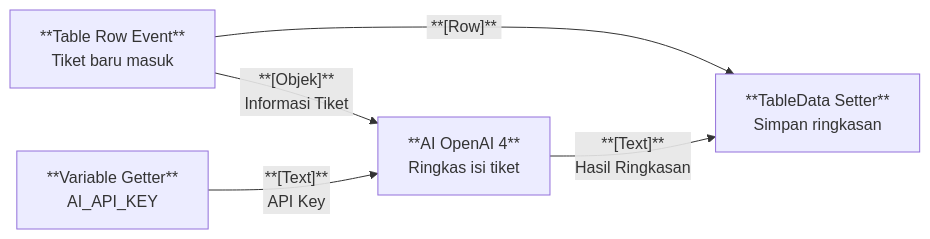
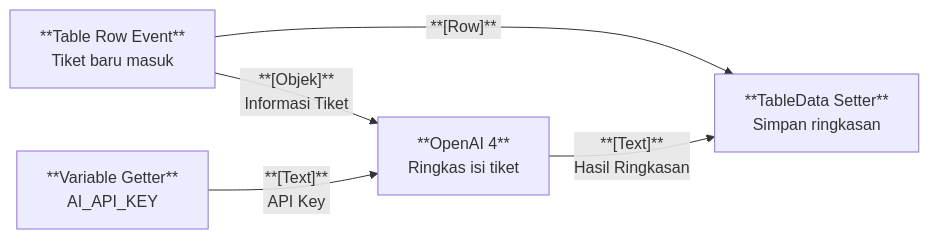
The second of 2 diagrams in Docs/Modul Data/Variable/Apa itu Variable.md (ginalne/phoenix-docs), drawn with Mermaid before and after one commit. The commit also changed other lines of this file and 2 other files, not shown here.

````diff
--- a/Docs/Modul Data/Variable/Apa itu Variable.md
+++ b/Docs/Modul Data/Variable/Apa itu Variable.md
@@ -158,7 +158,7 @@
 ```mermaid
 flowchart LR
     A[**Table Row Event**<br/>Tiket baru masuk] -->|"**[Objek]**<br> &nbsp;Informasi Tiket&nbsp;"| C
     A -->|"&nbsp;**[Row]**&nbsp;"| D
-    B["**Variable Getter**<br/>AI_API_KEY"] -->|"**[Text]**<br>&nbsp;API Key&nbsp;"| C["**AI OpenAI 4**<br/>Ringkas isi tiket"]
+    B["**Variable Getter**<br/>AI_API_KEY"] -->|"**[Text]**<br>&nbsp;API Key&nbsp;"| C["**OpenAI 4**<br/>Ringkas isi tiket"]
     C -->|"&nbsp;**[Text]**&nbsp;<br>Hasil Ringkasan"| D["**TableData Setter**<br/>Simpan ringkasan"]
 ```
````
